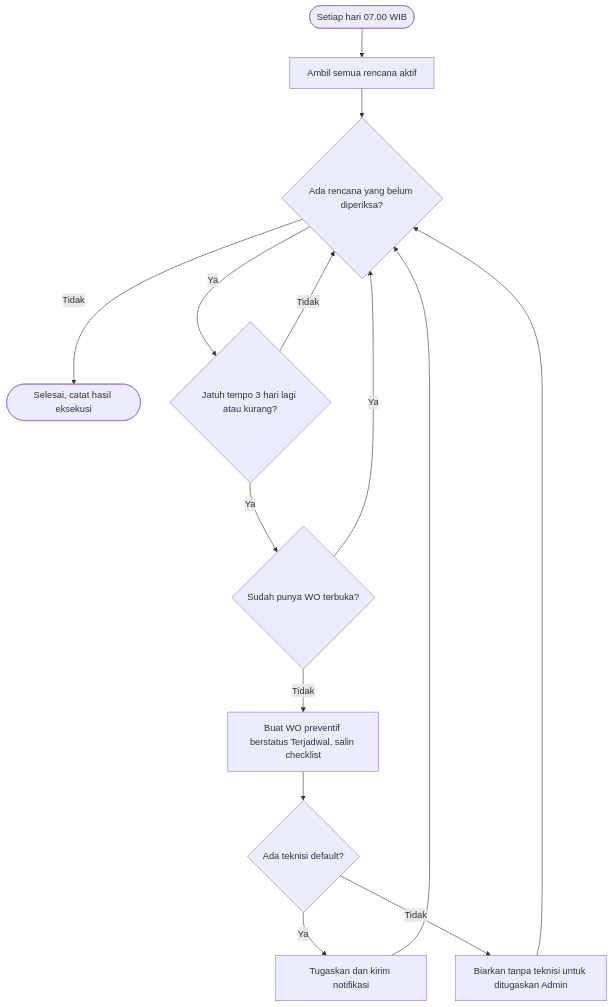
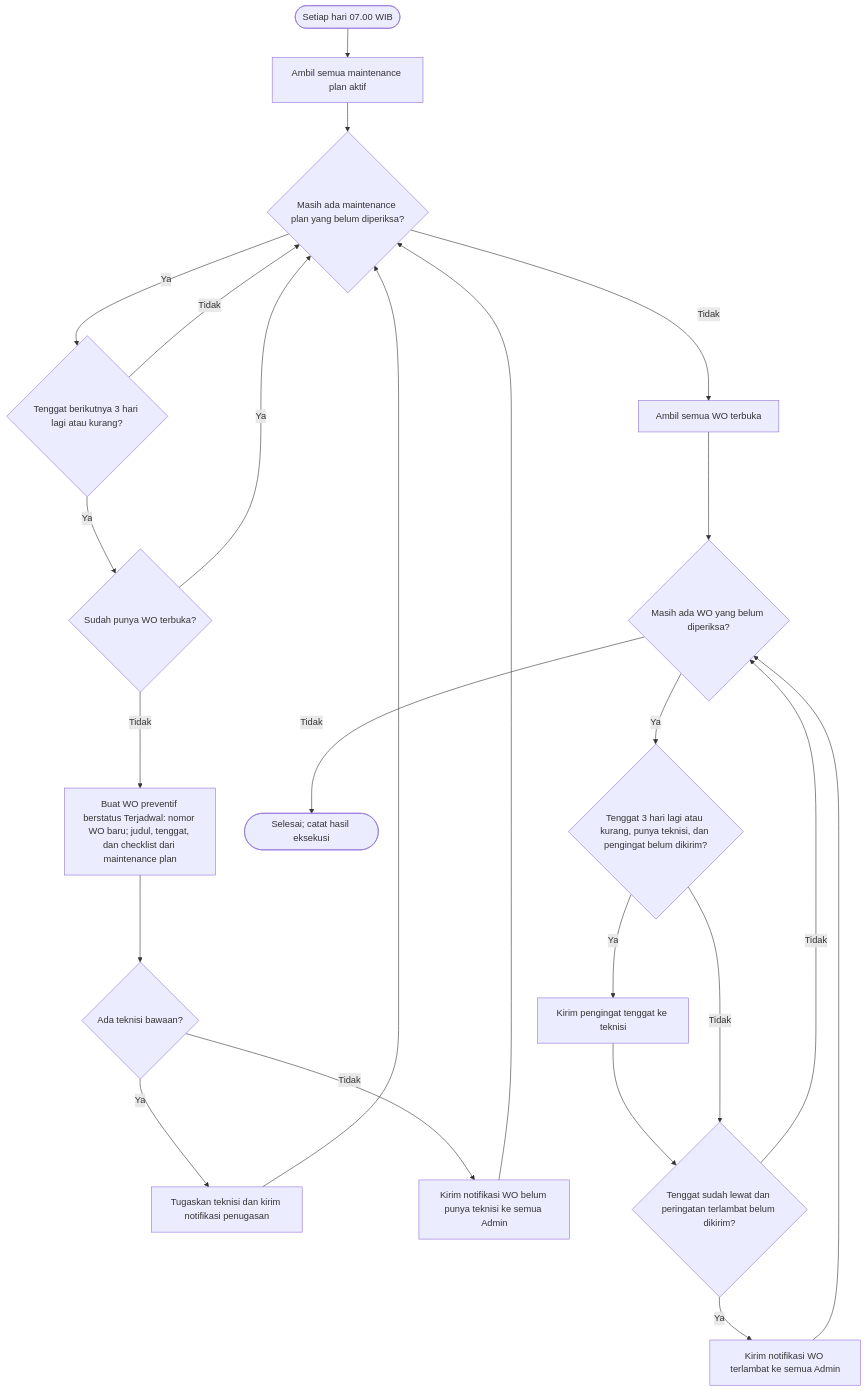
One commit to haldrianlab-arch/DCM_PROJECT changed the fourth of 6 diagrams in docs/diagrams/flowchart.md. Above: the diagram before and after it, drawn with Mermaid. The commit also changed other lines of this file and 10 other files, not shown here.

Commit message:
docs: PRD v0.3, design spec v0.3, flowchart dan use case diperbarui

````diff
--- a/docs/diagrams/flowchart.md
+++ b/docs/diagrams/flowchart.md
@@ -64,16 +86,21 @@
 ```mermaid
 flowchart TD
-    A([Setiap hari 07.00 WIB]) --> B[Ambil semua rencana aktif]
-    B --> C{"Ada rencana yang belum diperiksa?"}
-    C -- Tidak --> Z([Selesai, catat hasil eksekusi])
-    C -- Ya --> D{"Jatuh tempo 3 hari lagi atau kurang?"}
+    A([Setiap hari 07.00 WIB]) --> B[Ambil semua maintenance plan aktif]
+    B --> C{"Masih ada maintenance plan yang belum diperiksa?"}
+    C -- Ya --> D{"Tenggat berikutnya 3 hari lagi atau kurang?"}
     D -- Tidak --> C
     D -- Ya --> E{"Sudah punya WO terbuka?"}
     E -- Ya --> C
-    E -- Tidak --> F[Buat WO preventif berstatus Terjadwal, salin checklist]
-    F --> G{"Ada teknisi default?"}
-    G -- Ya --> H[Tugaskan dan kirim notifikasi]
-    G -- Tidak --> I[Biarkan tanpa teknisi untuk ditugaskan Admin]
-    H --> C
-    I --> C
+    E -- Tidak --> F["Buat WO preventif berstatus Terjadwal: nomor WO baru; judul, tenggat, dan checklist dari maintenance plan"]
+    F --> G{"Ada teknisi bawaan?"}
+    G -- Ya --> H[Tugaskan teknisi dan kirim notifikasi penugasan] --> C
+    G -- Tidak --> I[Kirim notifikasi WO belum punya teknisi ke semua Admin] --> C
+    C -- Tidak --> J[Ambil semua WO terbuka]
+    J --> K{"Masih ada WO yang belum diperiksa?"}
+    K -- Tidak --> Z([Selesai; catat hasil eksekusi])
+    K -- Ya --> L{"Tenggat 3 hari lagi atau kurang, punya teknisi, dan pengingat belum dikirim?"}
+    L -- Ya --> M[Kirim pengingat tenggat ke teknisi] --> N
+    L -- Tidak --> N{"Tenggat sudah lewat dan peringatan terlambat belum dikirim?"}
+    N -- Ya --> O[Kirim notifikasi WO terlambat ke semua Admin] --> K
+    N -- Tidak --> K
 ```
````
